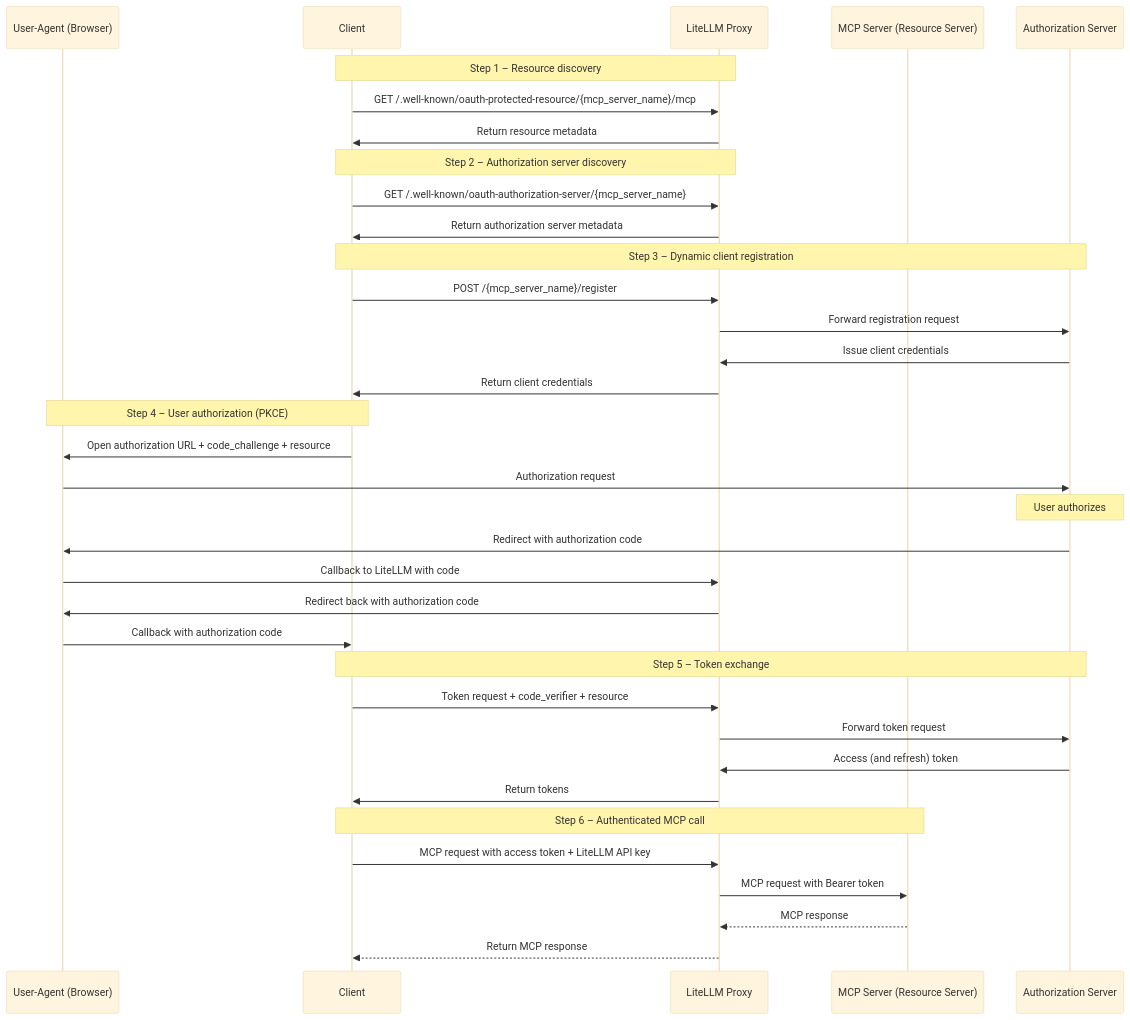
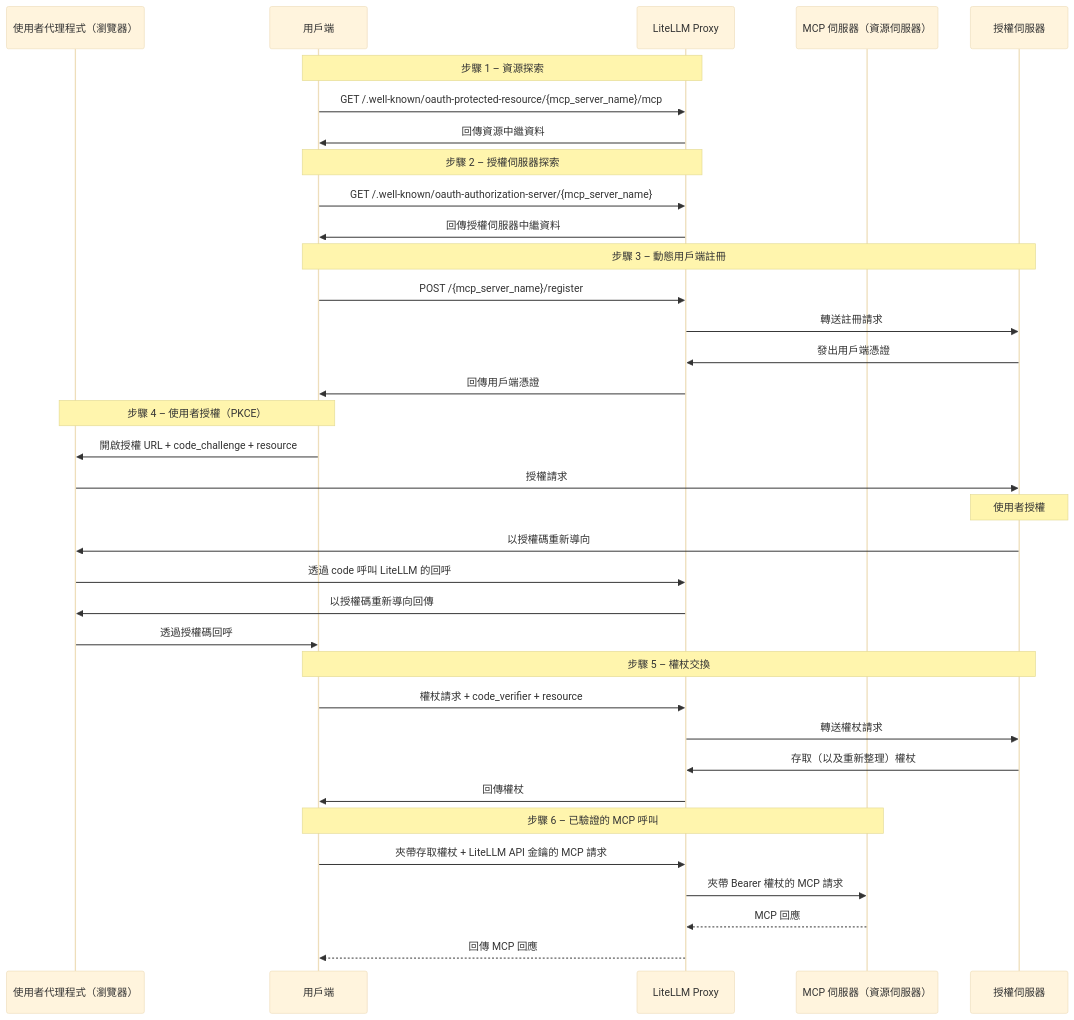
The diagram in docs/mcp.md (doggy8088/litellm-docs), drawn with Mermaid (base theme) before and after one commit. The commit also changed other lines of this file and 1957 other files, not shown here.

````diff
--- a/docs/mcp.md
+++ b/docs/mcp.md
@@ -414,43 +412,43 @@
 ```mermaid
 sequenceDiagram
-    participant Browser as User-Agent (Browser)
-    participant Client as Client
+    participant Browser as 使用者代理程式（瀏覽器）
+    participant Client as 用戶端
     participant LiteLLM as LiteLLM Proxy
-    participant MCP as MCP Server (Resource Server)
-    participant Auth as Authorization Server
+    participant MCP as MCP 伺服器（資源伺服器）
+    participant Auth as 授權伺服器
 
-    Note over Client,LiteLLM: Step 1 – Resource discovery
+    Note over Client,LiteLLM: 步驟 1 – 資源探索
     Client->>LiteLLM: GET /.well-known/oauth-protected-resource/{mcp_server_name}/mcp
-    LiteLLM->>Client: Return resource metadata
+    LiteLLM->>Client: 回傳資源中繼資料
 
-    Note over Client,LiteLLM: Step 2 – Authorization server discovery
+    Note over Client,LiteLLM: 步驟 2 – 授權伺服器探索
     Client->>LiteLLM: GET /.well-known/oauth-authorization-server/{mcp_server_name}
-    LiteLLM->>Client: Return authorization server metadata
+    LiteLLM->>Client: 回傳授權伺服器中繼資料
 
-    Note over Client,Auth: Step 3 – Dynamic client registration
+    Note over Client,Auth: 步驟 3 – 動態用戶端註冊
     Client->>LiteLLM: POST /{mcp_server_name}/register
-    LiteLLM->>Auth: Forward registration request
-    Auth->>LiteLLM: Issue client credentials
-    LiteLLM->>Client: Return client credentials
+    LiteLLM->>Auth: 轉送註冊請求
+    Auth->>LiteLLM: 發出用戶端憑證
+    LiteLLM->>Client: 回傳用戶端憑證
 
-    Note over Client,Browser: Step 4 – User authorization (PKCE)
-    Client->>Browser: Open authorization URL + code_challenge + resource
-    Browser->>Auth: Authorization request
-    Note over Auth: User authorizes
-    Auth->>Browser: Redirect with authorization code
-    Browser->>LiteLLM: Callback to LiteLLM with code
-    LiteLLM->>Browser: Redirect back with authorization code
-    Browser->>Client: Callback with authorization code
+    Note over Client,Browser: 步驟 4 – 使用者授權（PKCE）
+    Client->>Browser: 開啟授權 URL + code_challenge + resource
+    Browser->>Auth: 授權請求
+    Note over Auth: 使用者授權
+    Auth->>Browser: 以授權碼重新導向
+    Browser->>LiteLLM: 透過 code 呼叫 LiteLLM 的回呼
+    LiteLLM->>Browser: 以授權碼重新導向回傳
+    Browser->>Client: 透過授權碼回呼
 
-    Note over Client,Auth: Step 5 – Token exchange
-    Client->>LiteLLM: Token request + code_verifier + resource
-    LiteLLM->>Auth: Forward token request
-    Auth->>LiteLLM: Access (and refresh) token
-    LiteLLM->>Client: Return tokens
+    Note over Client,Auth: 步驟 5 – 權杖交換
+    Client->>LiteLLM: 權杖請求 + code_verifier + resource
+    LiteLLM->>Auth: 轉送權杖請求
+    Auth->>LiteLLM: 存取（以及重新整理）權杖
+    LiteLLM->>Client: 回傳權杖
 
-    Note over Client,MCP: Step 6 – Authenticated MCP call
-    Client->>LiteLLM: MCP request with access token + LiteLLM API key
-    LiteLLM->>MCP: MCP request with Bearer token
-    MCP-->>LiteLLM: MCP response
-    LiteLLM-->>Client: Return MCP response
+    Note over Client,MCP: 步驟 6 – 已驗證的 MCP 呼叫
+    Client->>LiteLLM: 夾帶存取權杖 + LiteLLM API 金鑰的 MCP 請求
+    LiteLLM->>MCP: 夾帶 Bearer 權杖的 MCP 請求
+    MCP-->>LiteLLM: MCP 回應
+    LiteLLM-->>Client: 回傳 MCP 回應
 ```
````
